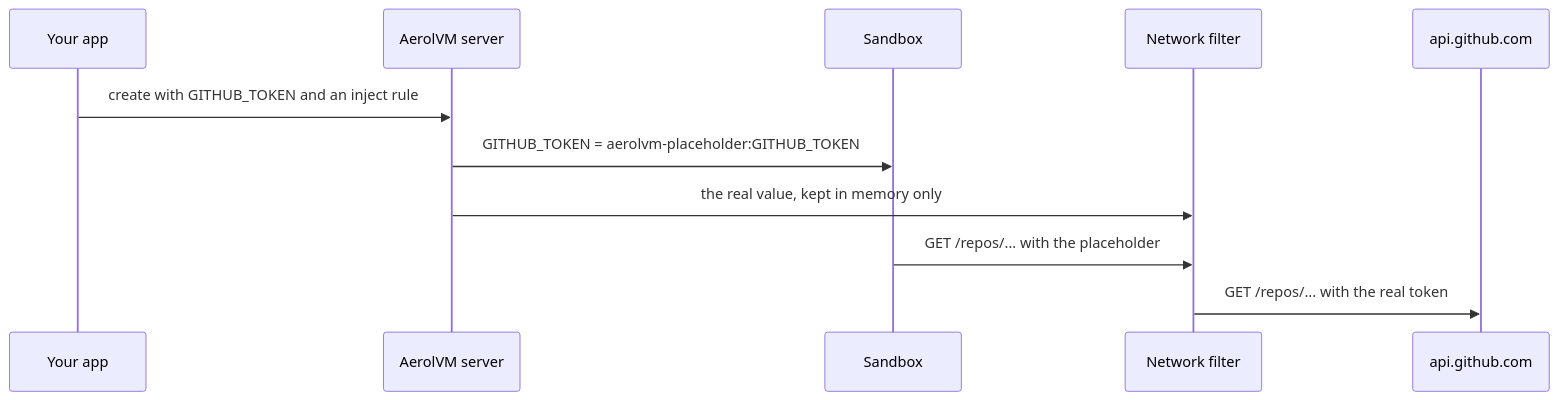
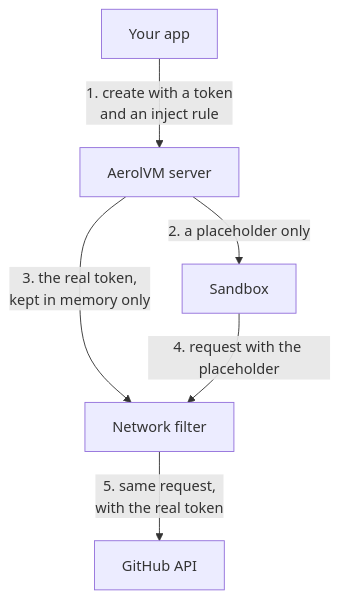
Before and after one commit to aerol-ai/microvm: the second of 5 diagrams in docs/src/content/docs/engineering-secret-handling.mdx, drawn with Mermaid. The commit also changed other lines of this file and 28 other files, not shown here.

First line of the commit message:
docs: enhance enterprise documentation and introduce diagram zoom feature

````diff
--- a/docs/src/content/docs/engineering-secret-handling.mdx
+++ b/docs/src/content/docs/engineering-secret-handling.mdx
@@ -44,13 +44,8 @@
 ```mermaid
-sequenceDiagram
-    participant App as Your app
-    participant S as AerolVM server
-    participant B as Sandbox
-    participant F as Network filter
-    participant G as api.github.com
-    App->>S: create with GITHUB_TOKEN and an inject rule
-    S->>B: GITHUB_TOKEN = aerolvm-placeholder:GITHUB_TOKEN
-    S->>F: the real value, kept in memory only
-    B->>F: GET /repos/... with the placeholder
-    F->>G: GET /repos/... with the real token
+flowchart TB
+    App["Your app"] -- "1. create with a token<br/>and an inject rule" --> S["AerolVM server"]
+    S -- "2. a placeholder only" --> B["Sandbox"]
+    S -- "3. the real token,<br/>kept in memory only" --> F["Network filter"]
+    B -- "4. request with the placeholder" --> F
+    F -- "5. same request,<br/>with the real token" --> G["GitHub API"]
 ```
````
